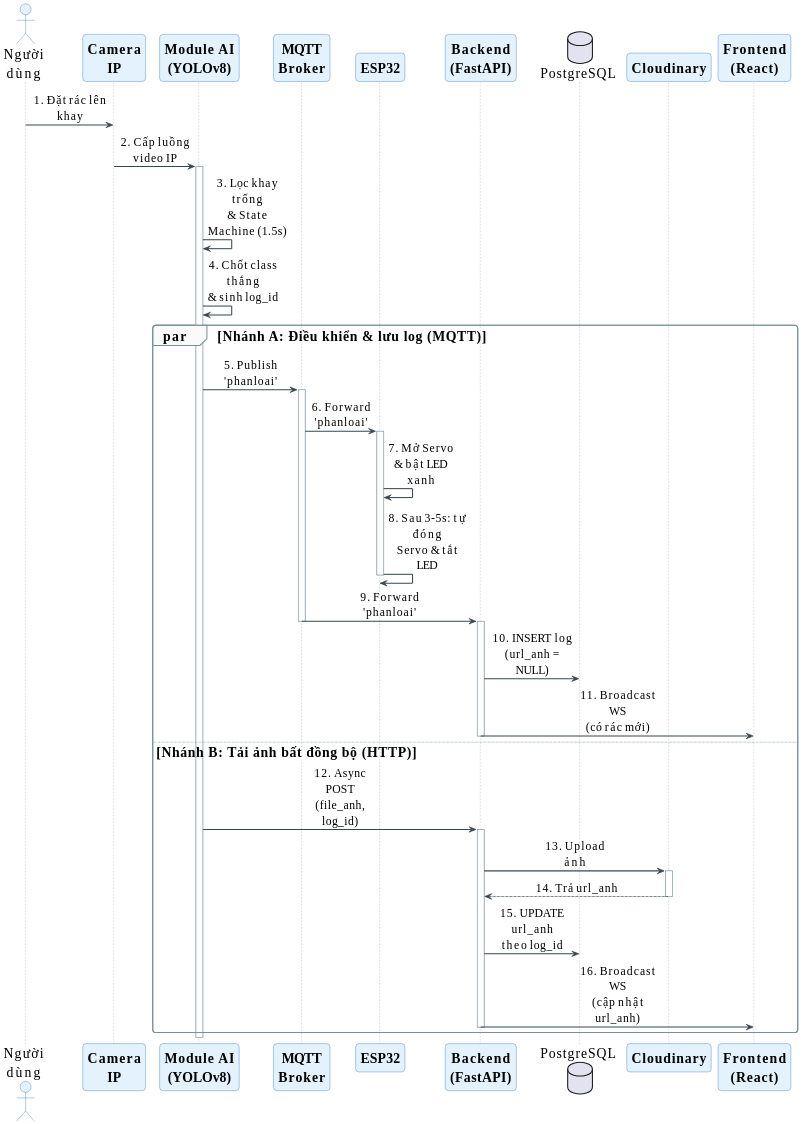
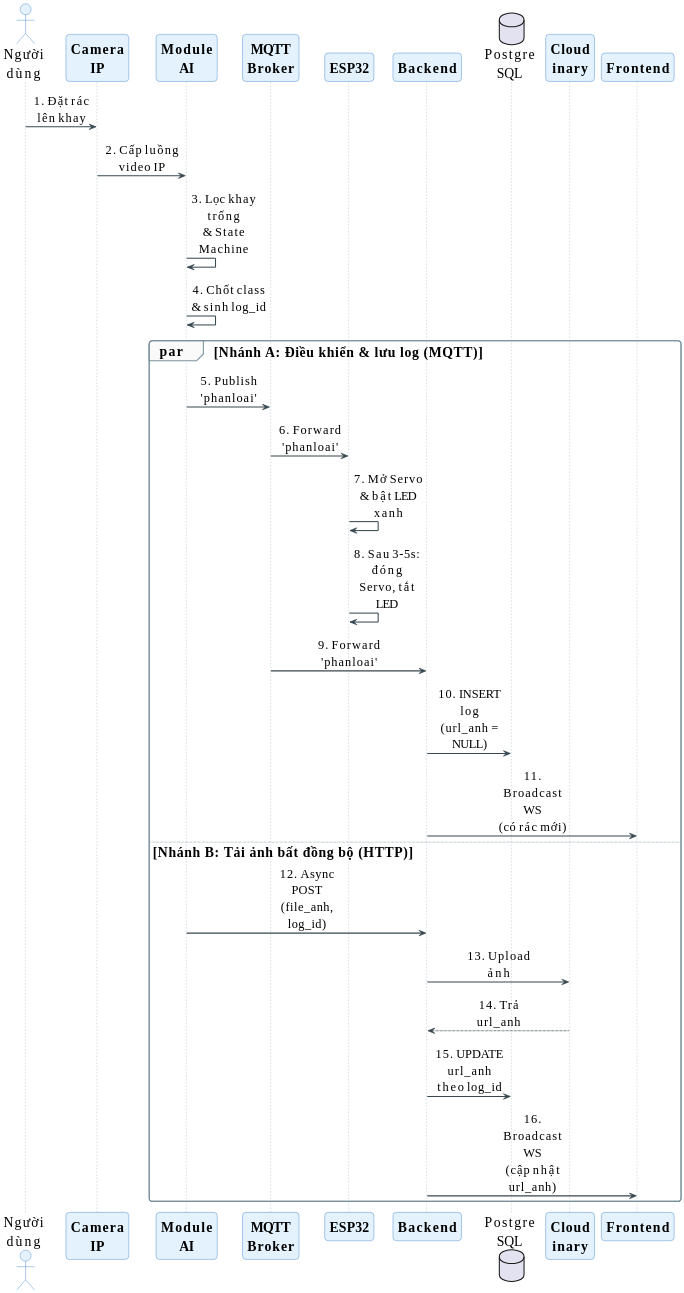
One commit to NguyenTAnh2005/Do-An-Mon-Hoc changed the diagram in DOCS/SoDoKienTruc/2.5.1-luong-nhan-dien-phan-loai-rac.md. Above: the diagram before and after it, drawn with PlantUML. The commit also changed 1 other file, not shown here.

Commit message:
sơ đồ fix

```diff
--- a/DOCS/SoDoKienTruc/2.5.1-luong-nhan-dien-phan-loai-rac.md
+++ b/DOCS/SoDoKienTruc/2.5.1-luong-nhan-dien-phan-loai-rac.md
@@ -1,75 +1,68 @@
 @startuml
 skinparam dpi 200
 skinparam defaultFontName "Times New Roman"
 skinparam defaultFontSize 20
-skinparam ArrowFontSize 17
+skinparam ArrowFontSize 18
 skinparam shadowing false
 skinparam roundcorner 10
-skinparam maxMessageSize 120
+skinparam maxMessageSize 110
 skinparam SequenceMessageAlign center
 skinparam sequenceArrowThickness 1.5
 skinparam ParticipantFontStyle bold
 skinparam sequence {
 ArrowColor #37474F
 LifeLineBorderColor #90A4AE
 ParticipantBackgroundColor #E3F2FD
 ParticipantBorderColor #1565C0
 ActorBackgroundColor #E3F2FD
 ActorBorderColor #1565C0
 DatabaseBackgroundColor #E3F2FD
 GroupBackgroundColor #FAFAFA
 GroupBorderColor #78909C
 }
 
-<style>
-participant {
-  Padding 8
-}
-</style>
-
 actor "Người\ndùng" as User
 participant "Camera\nIP" as Cam
-participant "Module AI\n(YOLOv8)" as AI
+participant "Module\nAI" as AI
 participant "MQTT\nBroker" as Broker
 participant "ESP32" as ESP
-participant "Backend\n(FastAPI)" as Web
-database "PostgreSQL" as DB
-participant "Cloudinary" as Cloud
-participant "Frontend\n(React)" as FE
+participant "Backend" as Web
+database "Postgre\nSQL" as DB
+participant "Cloud\ninary" as Cloud
+participant "Frontend" as FE
 
-User -> Cam: 1. Đặt rác lên khay
+User -> Cam: 1. Đặt rác\nlên khay
+||8||
 Cam -> AI: 2. Cấp luồng\nvideo IP
-
-activate AI
-AI -> AI: 3. Lọc khay trống\n& State Machine (1.5s)
-AI -> AI: 4. Chốt class thắng\n& sinh log_id
+||8||
+AI -> AI: 3. Lọc khay trống\n& State Machine
+||8||
+AI -> AI: 4. Chốt class\n& sinh log_id
+||8||
 
 par Nhánh A: Điều khiển & lưu log (MQTT)
 AI -> Broker: 5. Publish\n'phanloai'
-activate Broker
+||8||
 Broker -> ESP: 6. Forward\n'phanloai'
-activate ESP
+||8||
 ESP -> ESP: 7. Mở Servo\n& bật LED xanh
-ESP -> ESP: 8. Sau 3-5s: tự đóng\nServo & tắt LED
-deactivate ESP
-
+||8||
+ESP -> ESP: 8. Sau 3-5s: đóng\nServo, tắt LED
+||8||
 Broker -> Web: 9. Forward\n'phanloai'
-deactivate Broker
-activate Web
+||8||
 Web -> DB: 10. INSERT log\n(url_anh = NULL)
+||8||
 Web -> FE: 11. Broadcast WS\n(có rác mới)
-deactivate Web
-
 else Nhánh B: Tải ảnh bất đồng bộ (HTTP)
 AI -> Web: 12. Async POST\n(file_anh, log_id)
-activate Web
+||8||
 Web -> Cloud: 13. Upload ảnh
-activate Cloud
+||8||
 Cloud --> Web: 14. Trả url_anh
-deactivate Cloud
+||8||
 Web -> DB: 15. UPDATE url_anh\ntheo log_id
+||8||
 Web -> FE: 16. Broadcast WS\n(cập nhật url_anh)
-deactivate Web
 end
-deactivate AI
 @enduml
```
